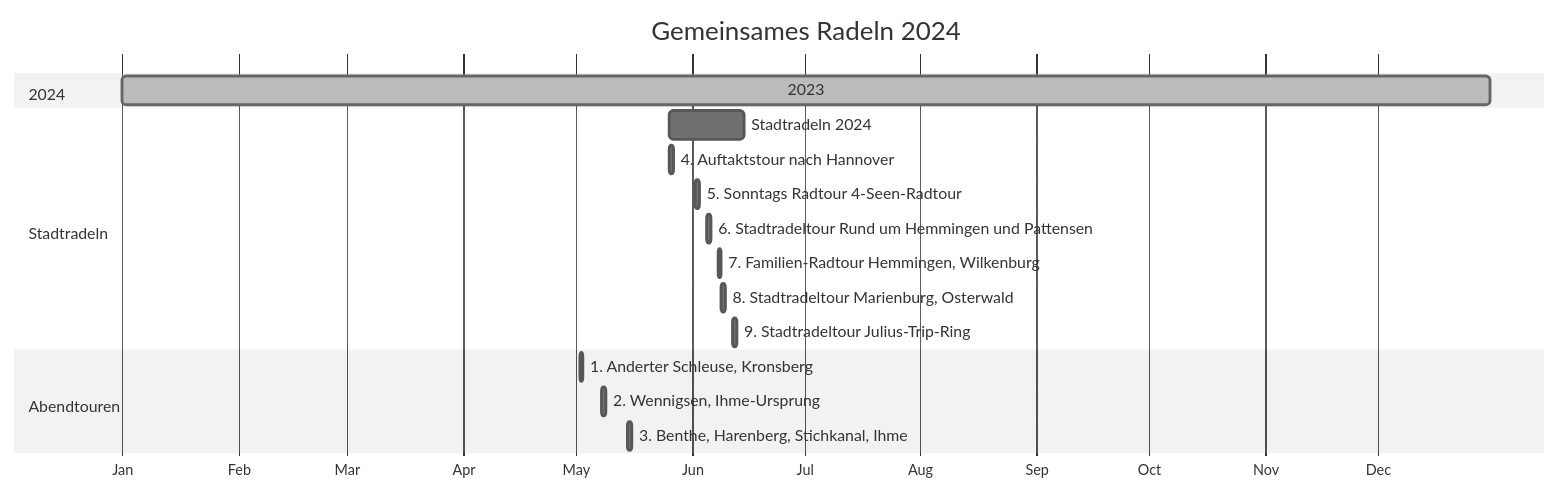
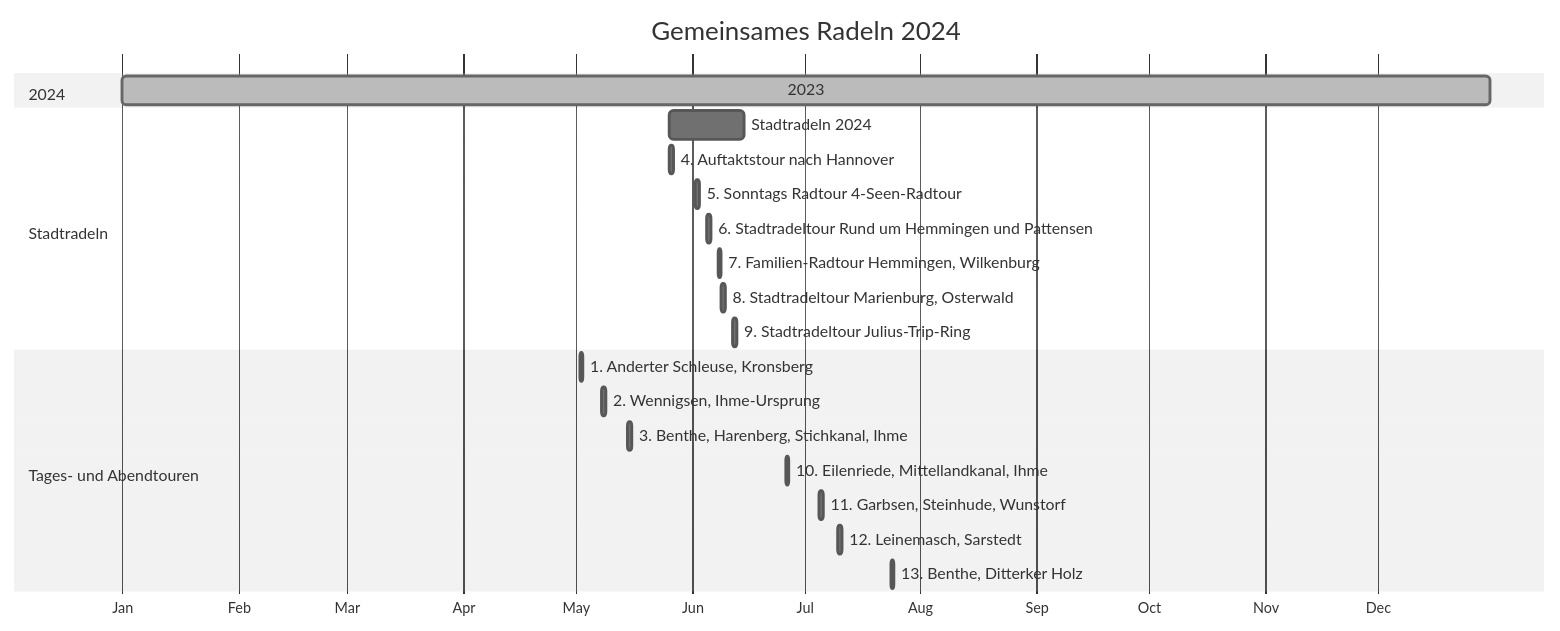
Before and after one commit to adfc-hemmingen-pattensen/pelican-md-soures: the diagram in Touren/Fahrradtouren2024.md, drawn with Mermaid (neutral theme).

````diff
--- a/Touren/Fahrradtouren2024.md
+++ b/Touren/Fahrradtouren2024.md
@@ -10,26 +10,32 @@
 ``` mermaid
 gantt
 dateFormat  YYYY-MM-DD
 title Gemeinsames Radeln 2024
 axisFormat  %b
 todayMarker stroke-width:0px
 
 section 2024
 2023: done, 2024-01-01, 2024-12-31
 
 section Stadtradeln  
 Stadtradeln 2024:          action, 2024-05-26, 2024-06-15
 4. Auftaktstour nach Hannover:   2024-05-26, 1d
 5. Sonntags Radtour 4-Seen-Radtour:   2024-06-02, 1d
 6. Stadtradeltour Rund um Hemmingen und Pattensen:     2024-06-05, 1d
 7. Familien-Radtour Hemmingen, Wilkenburg:    2024-06-08, 1d
 8. Stadtradeltour Marienburg, Osterwald:    2024-06-09, 1d
 9. Stadtradeltour Julius-Trip-Ring:     2024-06-12, 1d
 
-section Abendtouren
+section Tages- und Abendtouren
 1. Anderter Schleuse, Kronsberg:      2024-05-02, 1d
 2. Wennigsen, Ihme-Ursprung: 2024-05-08, 1d
 3. Benthe, Harenberg, Stichkanal, Ihme: 2024-05-15, 1d
+10. Eilenriede, Mittellandkanal, Ihme: 2024-06-26, 1d
+11. Garbsen, Steinhude, Wunstorf: 2024-07-05, 1d
+12. Leinemasch, Sarstedt: 2024-07-10, 1d
+13. Benthe, Ditterker Holz: 2024-07-24, 1d
+
+
 
 
 ```
````
